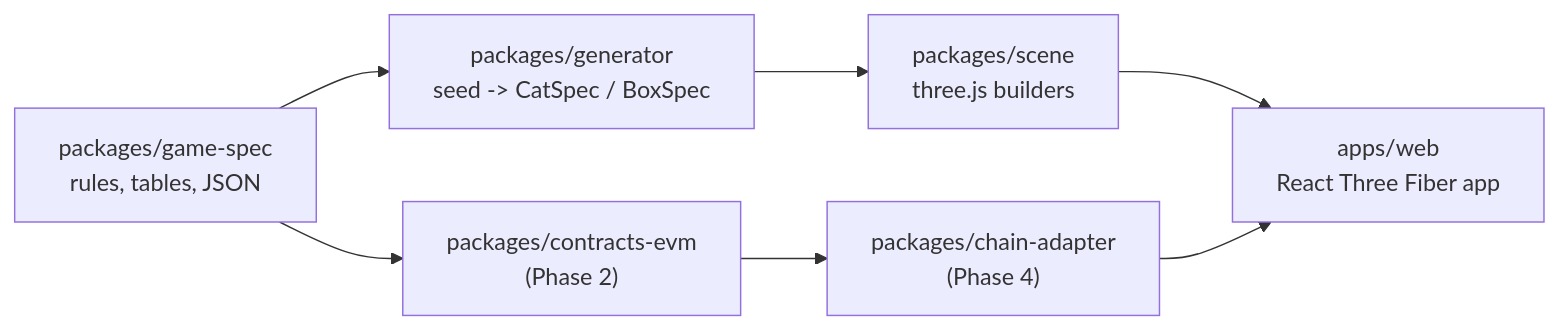
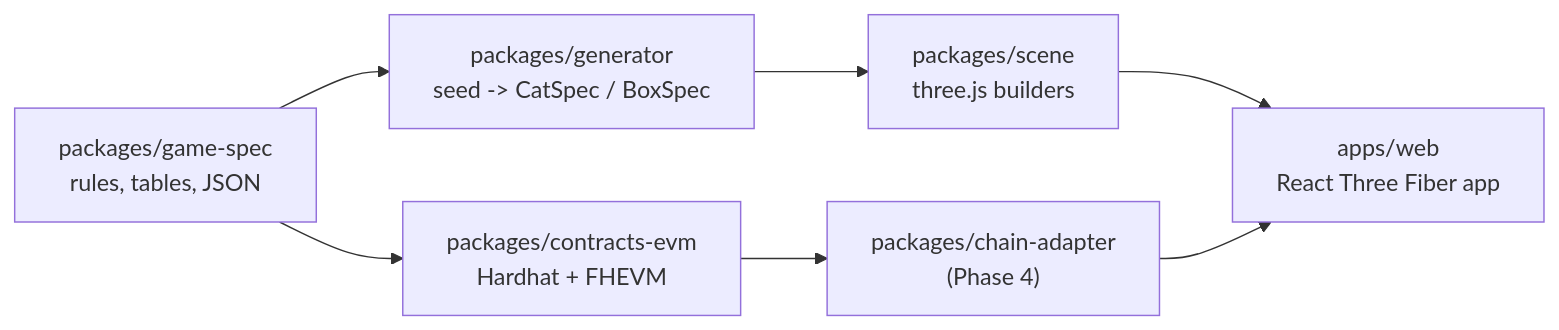
The diagram in README.md (jecombe/do_not_open), drawn with Mermaid before and after one commit. The commit also changed other lines of this file and 23 other files, not shown here.

````diff
--- a/README.md
+++ b/README.md
@@ -21,13 +21,13 @@
 ```mermaid
 flowchart LR
   spec["packages/game-spec<br/>rules, tables, JSON"]
   gen["packages/generator<br/>seed -> CatSpec / BoxSpec"]
   scene["packages/scene<br/>three.js builders"]
   web["apps/web<br/>React Three Fiber app"]
-  evm["packages/contracts-evm<br/>(Phase 2)"]
+  evm["packages/contracts-evm<br/>Hardhat + FHEVM"]
   adapter["packages/chain-adapter<br/>(Phase 4)"]
 
   spec --> gen --> scene --> web
   spec --> evm
   evm --> adapter --> web
 ```
````
